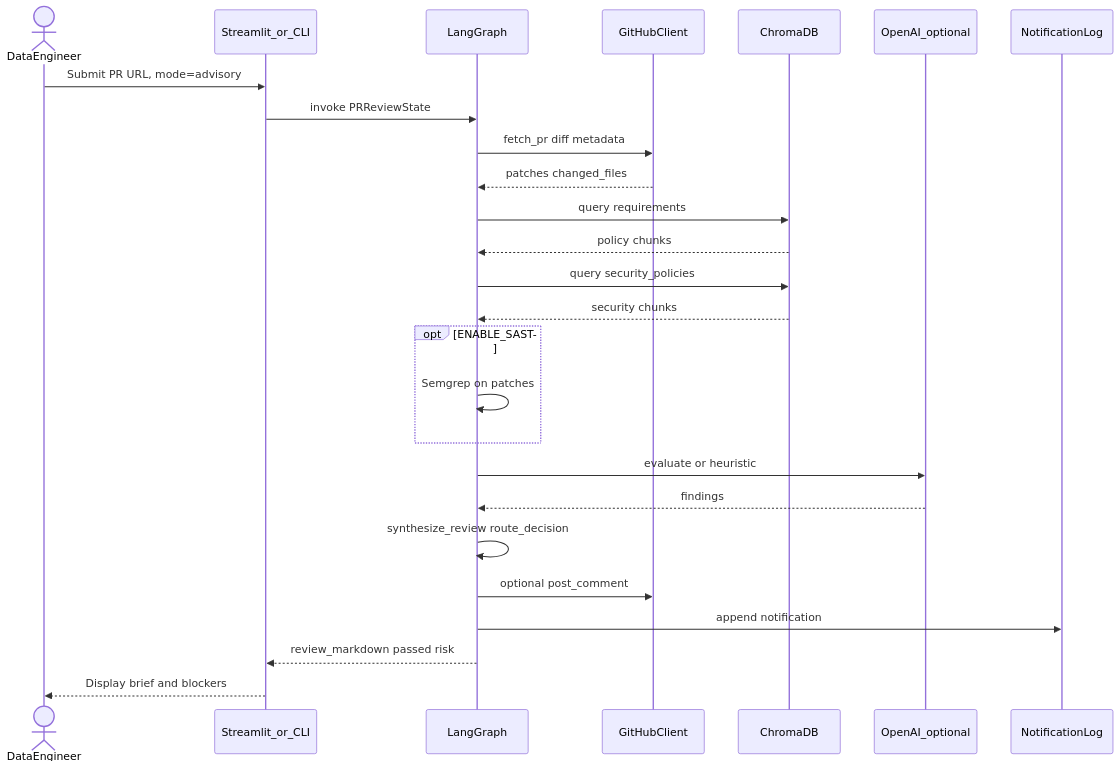
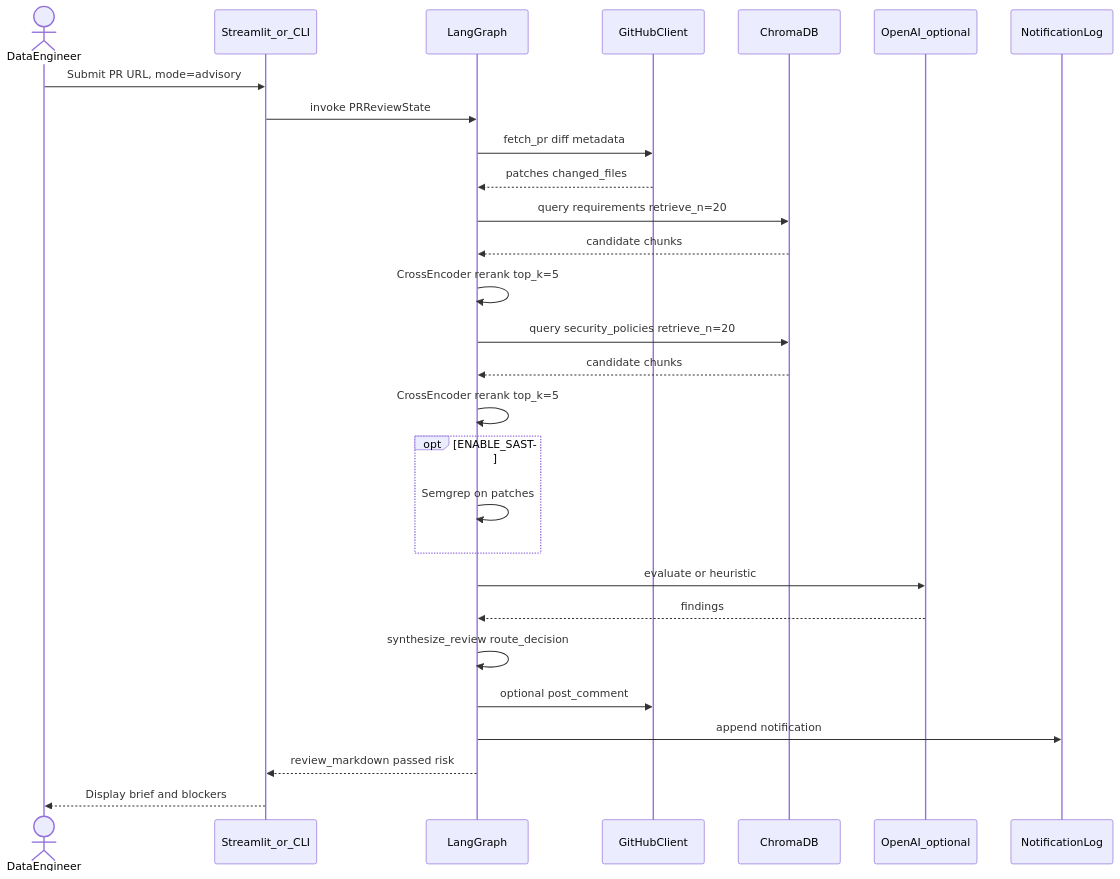
The fourth of 8 diagrams in docs/pr-governance-agent-architecture.md (dwgupta/pr-governance-agent), drawn with Mermaid before and after one commit. The commit also changed other lines of this file and 20 other files, not shown here.

````diff
--- a/docs/pr-governance-agent-architecture.md
+++ b/docs/pr-governance-agent-architecture.md
@@ -141,29 +141,31 @@
 ```mermaid
 sequenceDiagram
   actor DE as DataEngineer
   participant UI as Streamlit_or_CLI
   participant LG as LangGraph
   participant GH as GitHubClient
   participant CH as ChromaDB
   participant LLM as OpenAI_optional
   participant LOG as NotificationLog
 
   DE->>UI: Submit PR URL, mode=advisory
   UI->>LG: invoke PRReviewState
   LG->>GH: fetch_pr diff metadata
   GH-->>LG: patches changed_files
-  LG->>CH: query requirements
-  CH-->>LG: policy chunks
-  LG->>CH: query security_policies
-  CH-->>LG: security chunks
+  LG->>CH: query requirements retrieve_n=20
+  CH-->>LG: candidate chunks
+  LG->>LG: CrossEncoder rerank top_k=5
+  LG->>CH: query security_policies retrieve_n=20
+  CH-->>LG: candidate chunks
+  LG->>LG: CrossEncoder rerank top_k=5
   opt ENABLE_SAST
     LG->>LG: Semgrep on patches
   end
   LG->>LLM: evaluate or heuristic
   LLM-->>LG: findings
   LG->>LG: synthesize_review route_decision
   LG->>GH: optional post_comment
   LG->>LOG: append notification
   LG-->>UI: review_markdown passed risk
   UI-->>DE: Display brief and blockers
 ```
````
